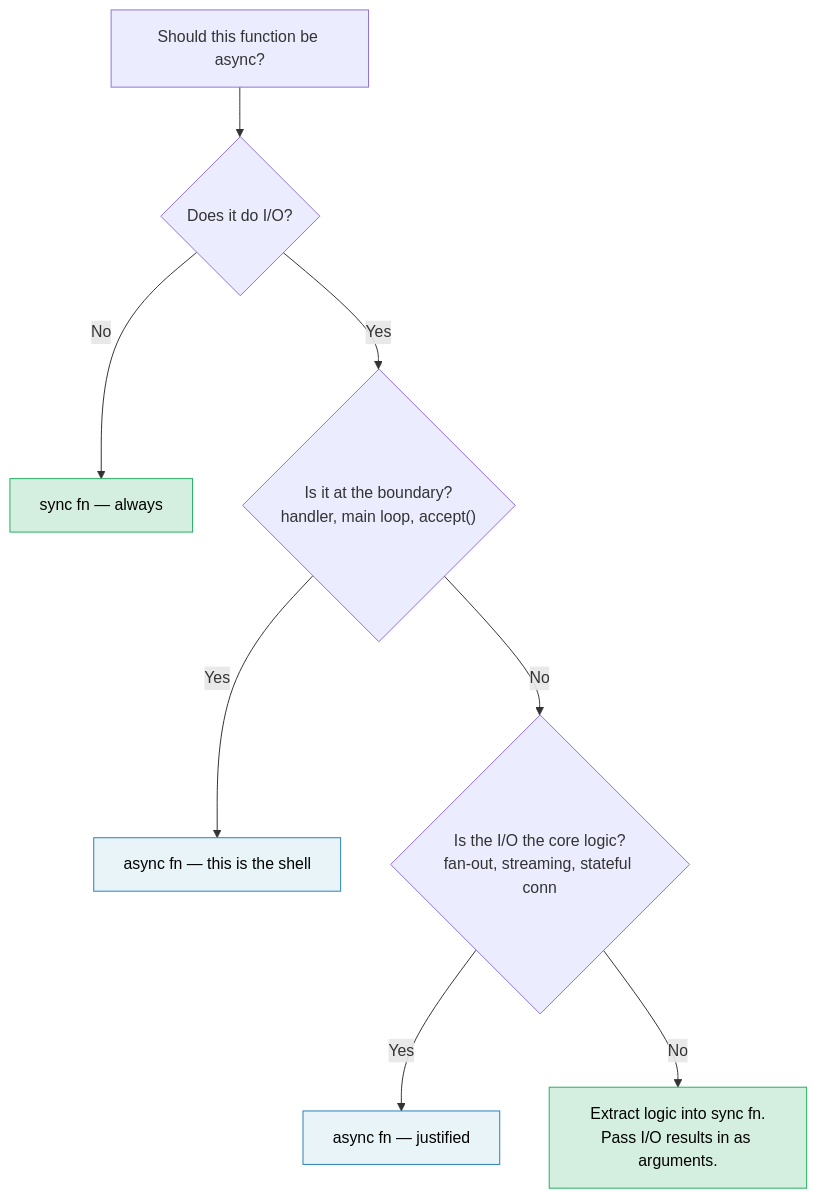
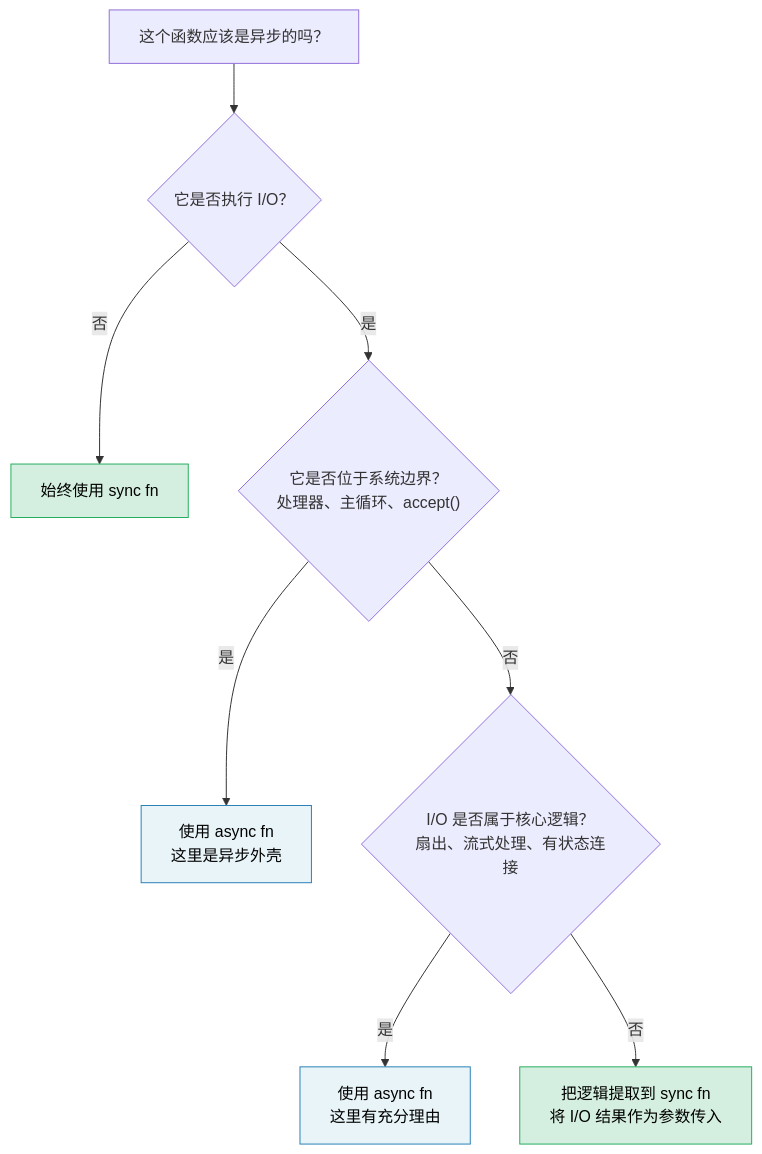
The diagram in async-book-zh/src/ch14-async-is-an-optimization-not-an-architecture.md (S-helios/RustTraining), drawn with Mermaid before and after one commit. The commit also changed 15 other files, not shown here.

Commit message:
fix(docs): render translated diagrams and support themes

````diff
--- a/async-book-zh/src/ch14-async-is-an-optimization-not-an-architecture.md
+++ b/async-book-zh/src/ch14-async-is-an-optimization-not-an-architecture.md
@@ -275,15 +275,15 @@
 ```mermaid
 graph TD
-    START["Should this function be async?"] --> IO{"Does it do I/O?"}
-    IO -->|No| SYNC["sync fn — always"]
-    IO -->|Yes| BOUNDARY{"Is it at the boundary?<br/>handler, main loop, accept()"}
-    BOUNDARY -->|Yes| ASYNC_SHELL["async fn — this is the shell"]
-    BOUNDARY -->|No| CORE_IO{"Is the I/O the core logic?<br/>fan-out, streaming, stateful conn"}
-    CORE_IO -->|Yes| ASYNC_CORE["async fn — justified"]
-    CORE_IO -->|No| EXTRACT["Extract logic into sync fn.<br/>Pass I/O results in as arguments."]
+    START["这个函数应该是异步的吗？"] --> IO{"它是否执行 I/O？"}
+    IO -->|否| SYNC["始终使用 sync fn"]
+    IO -->|是| BOUNDARY{"它是否位于系统边界？<br/>处理器、主循环、accept()"}
+    BOUNDARY -->|是| ASYNC_SHELL["使用 async fn<br/>这里是异步外壳"]
+    BOUNDARY -->|否| CORE_IO{"I/O 是否属于核心逻辑？<br/>扇出、流式处理、有状态连接"}
+    CORE_IO -->|是| ASYNC_CORE["使用 async fn<br/>这里有充分理由"]
+    CORE_IO -->|否| EXTRACT["把逻辑提取到 sync fn<br/>将 I/O 结果作为参数传入"]
 
     style SYNC fill:#d4efdf,stroke:#27ae60,color:#000
     style ASYNC_SHELL fill:#e8f4f8,stroke:#2980b9,color:#000
     style ASYNC_CORE fill:#e8f4f8,stroke:#2980b9,color:#000
     style EXTRACT fill:#d4efdf,stroke:#27ae60,color:#000
 ```
````
